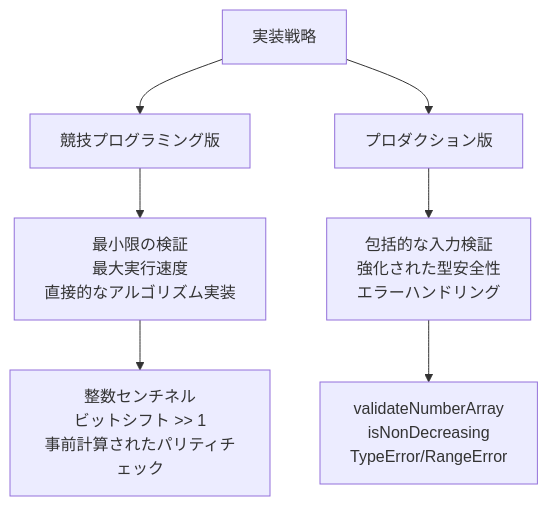
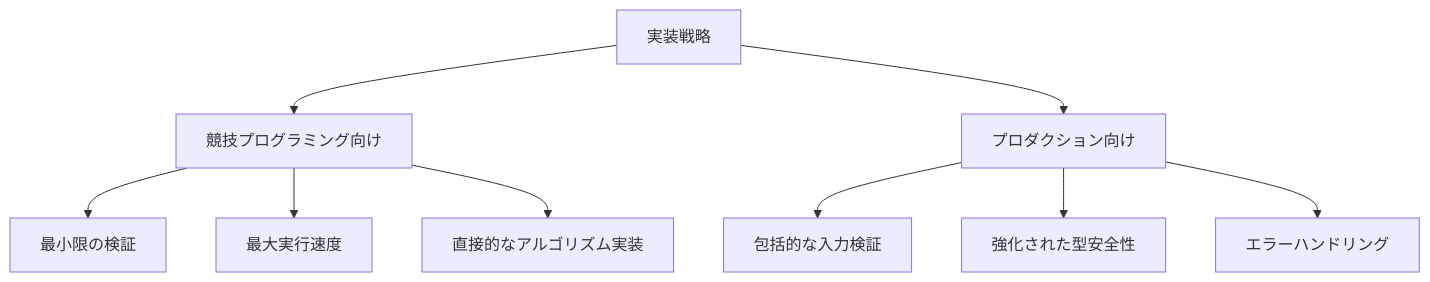
One commit to myoshi2891/Algorithm-DataStructures-Math-SQL changed the sixth of 8 diagrams in README.md. Above: the diagram before and after it, drawn with Mermaid. The commit also changed other lines of this file, not shown here.

````diff
--- a/README.md
+++ b/README.md
@@ -233,16 +219,13 @@
 ```mermaid
 graph TB
-    Strategy[実装戦略]
-
-    Competitive[競技プログラミング版]
-    Production[プロダクション版]
-
-    Strategy --> Competitive
-    Strategy --> Production
-
-    Competitive --> CompFeatures[最小限の検証<br/>最大実行速度<br/>直接的なアルゴリズム実装]
-    Production --> ProdFeatures[包括的な入力検証<br/>強化された型安全性<br/>エラーハンドリング]
-
-    CompFeatures --> CompOpt[整数センチネル<br/>ビットシフト >> 1<br/>事前計算されたパリティチェック]
-    ProdFeatures --> ProdOpt[validateNumberArray<br/>isNonDecreasing<br/>TypeError/RangeError]
+    A[実装戦略] --> B[競技プログラミング向け]
+    A --> C[プロダクション向け]
+    
+    B --> B1[最小限の検証]
+    B --> B2[最大実行速度]
+    B --> B3[直接的なアルゴリズム実装]
+    
+    C --> C1[包括的な入力検証]
+    C --> C2[強化された型安全性]
+    C --> C3[エラーハンドリング]
 ```
````
